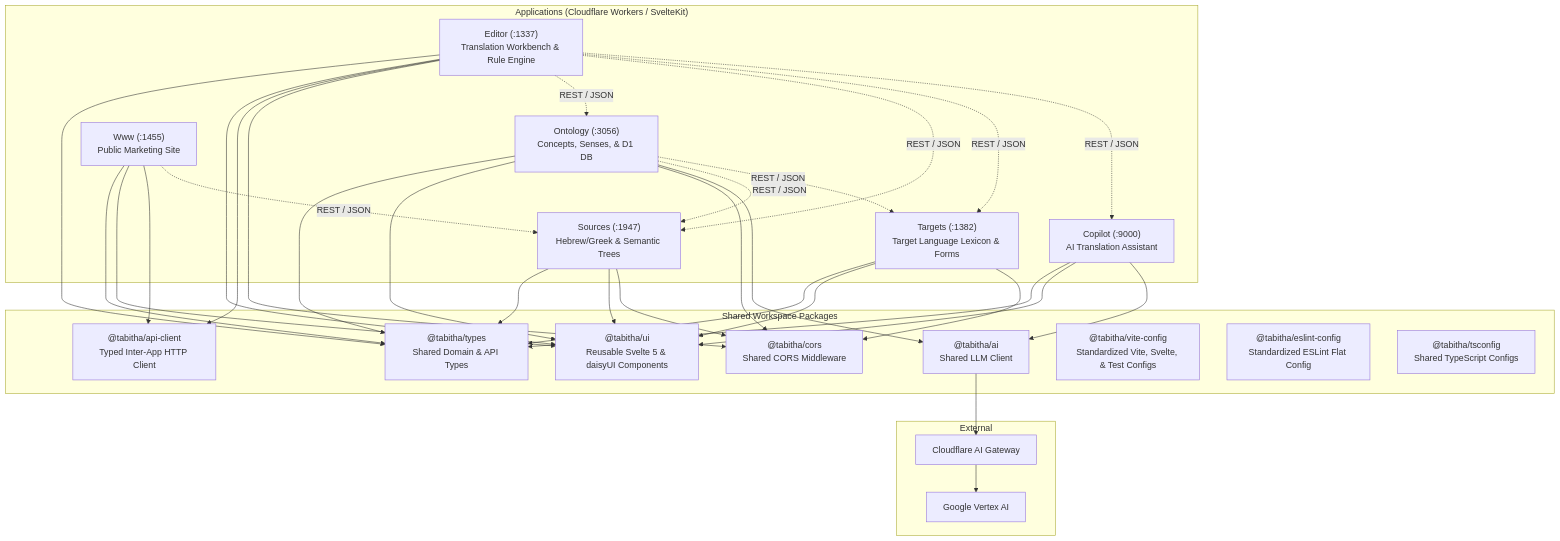
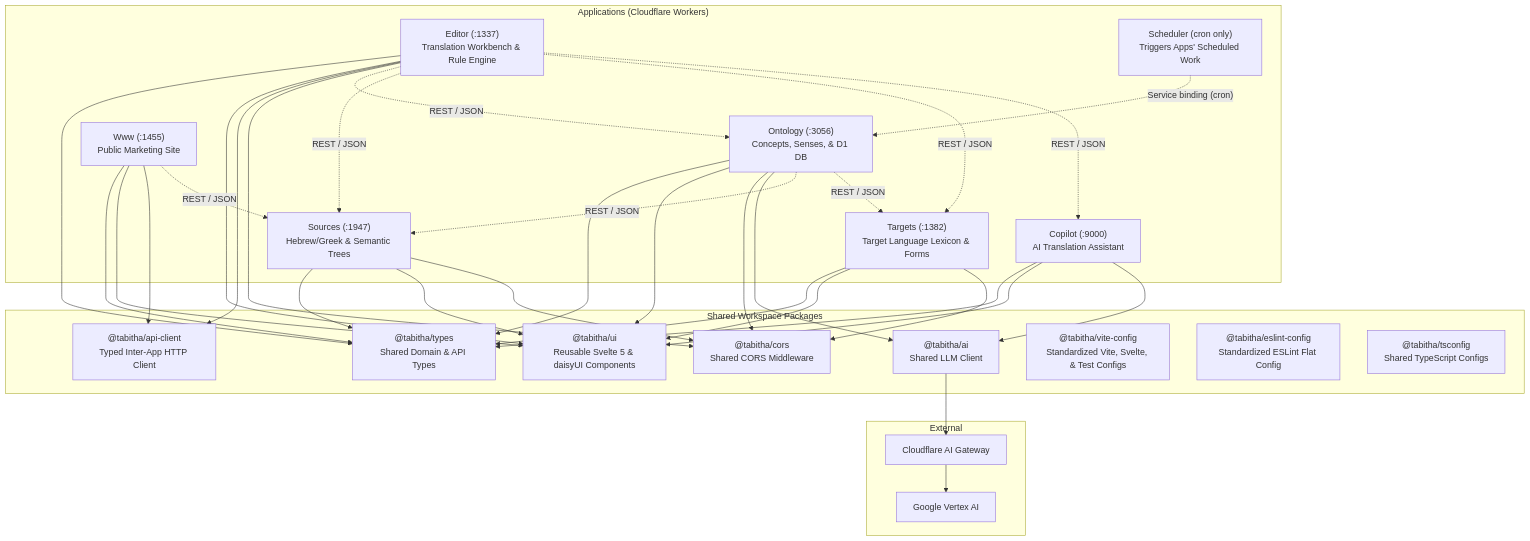
One commit to presciencelabs/tabitha changed the diagram in CONTRIBUTING.md. Above: the diagram before and after it, drawn with Mermaid. The commit also changed other lines of this file and 31 other files, not shown here.

````diff
--- a/CONTRIBUTING.md
+++ b/CONTRIBUTING.md
@@ -11,58 +11,60 @@
 ```mermaid
 graph TD
-	subgraph Apps ["Applications (Cloudflare Workers / SvelteKit)"]
+	subgraph Apps ["Applications (Cloudflare Workers)"]
 		Editor["Editor (:1337)<br/>Translation Workbench & Rule Engine"]
 		Ontology["Ontology (:3056)<br/>Concepts, Senses, & D1 DB"]
 		Sources["Sources (:1947)<br/>Hebrew/Greek & Semantic Trees"]
 		Targets["Targets (:1382)<br/>Target Language Lexicon & Forms"]
 		Copilot["Copilot (:9000)<br/>AI Translation Assistant"]
 		Www["Www (:1455)<br/>Public Marketing Site"]
+		Scheduler["Scheduler (cron only)<br/>Triggers Apps' Scheduled Work"]
 	end
 
 	subgraph SharedPackages ["Shared Workspace Packages"]
 		Types["@tabitha/types<br/>Shared Domain & API Types"]
 		UI["@tabitha/ui<br/>Reusable Svelte 5 & daisyUI Components"]
 		ApiClient["@tabitha/api-client<br/>Typed Inter-App HTTP Client"]
 		Cors["@tabitha/cors<br/>Shared CORS Middleware"]
 		AI["@tabitha/ai<br/>Shared LLM Client"]
 		ViteConfig["@tabitha/vite-config<br/>Standardized Vite, Svelte, & Test Configs"]
 		ESLintConfig["@tabitha/eslint-config<br/>Standardized ESLint Flat Config"]
 		TSConfig["@tabitha/tsconfig<br/>Shared TypeScript Configs"]
 	end
 
 	subgraph External ["External"]
 		Gateway["Cloudflare AI Gateway"]
 		Vertex["Google Vertex AI"]
 	end
 
 	Editor --> Types
 	Editor --> UI
 	Editor --> ApiClient
 	Editor --> Cors
 	Ontology --> Types
 	Ontology --> UI
 	Ontology --> Cors
 	Ontology --> AI
 	Sources --> Types
 	Sources --> UI
 	Sources --> Cors
 	Targets --> Types
 	Targets --> UI
 	Targets --> Cors
 	Copilot --> Types
 	Copilot --> UI
 	Copilot --> AI
 	Www --> Types
 	Www --> UI
 	Www --> ApiClient
 
 	Editor -.->|"REST / JSON"| Ontology
 	Editor -.->|"REST / JSON"| Sources
 	Editor -.->|"REST / JSON"| Targets
 	Editor -.->|"REST / JSON"| Copilot
 	Ontology -.->|"REST / JSON"| Sources
 	Ontology -.->|"REST / JSON"| Targets
 	Www -.->|"REST / JSON"| Sources
+	Scheduler -.->|"Service binding (cron)"| Ontology
 
 	AI --> Gateway --> Vertex
 ```
````
